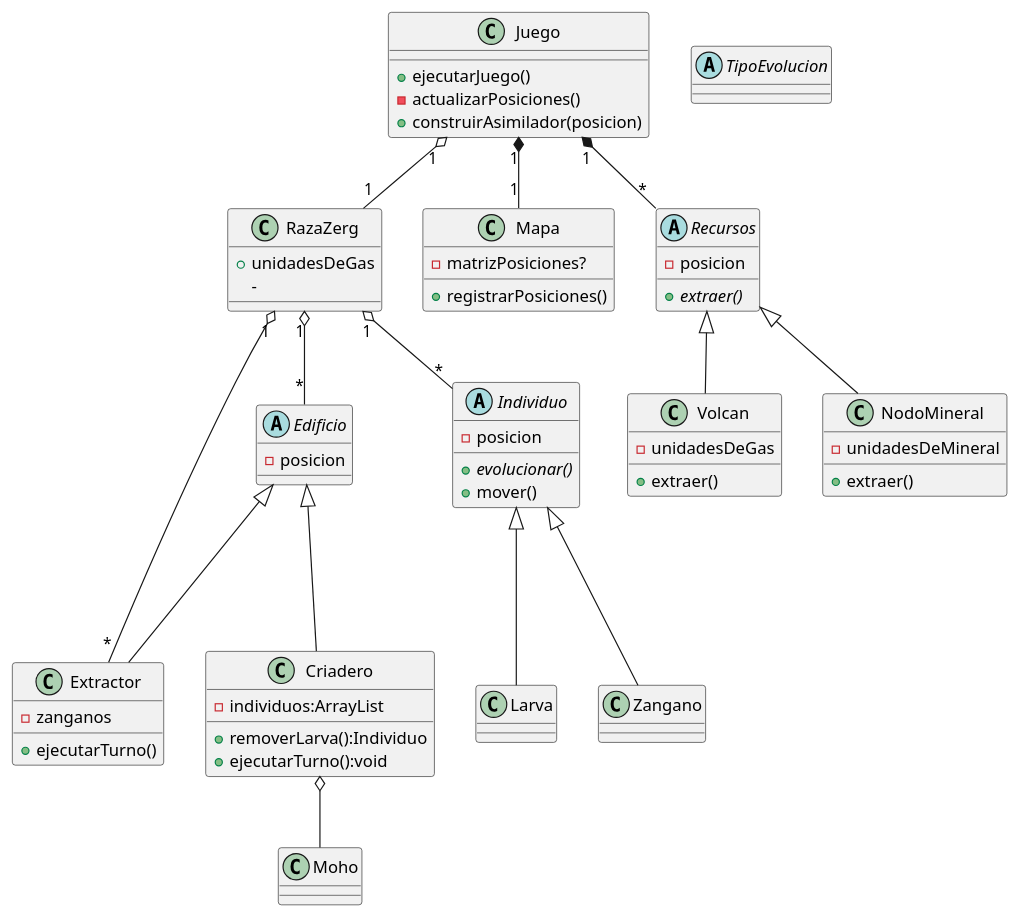
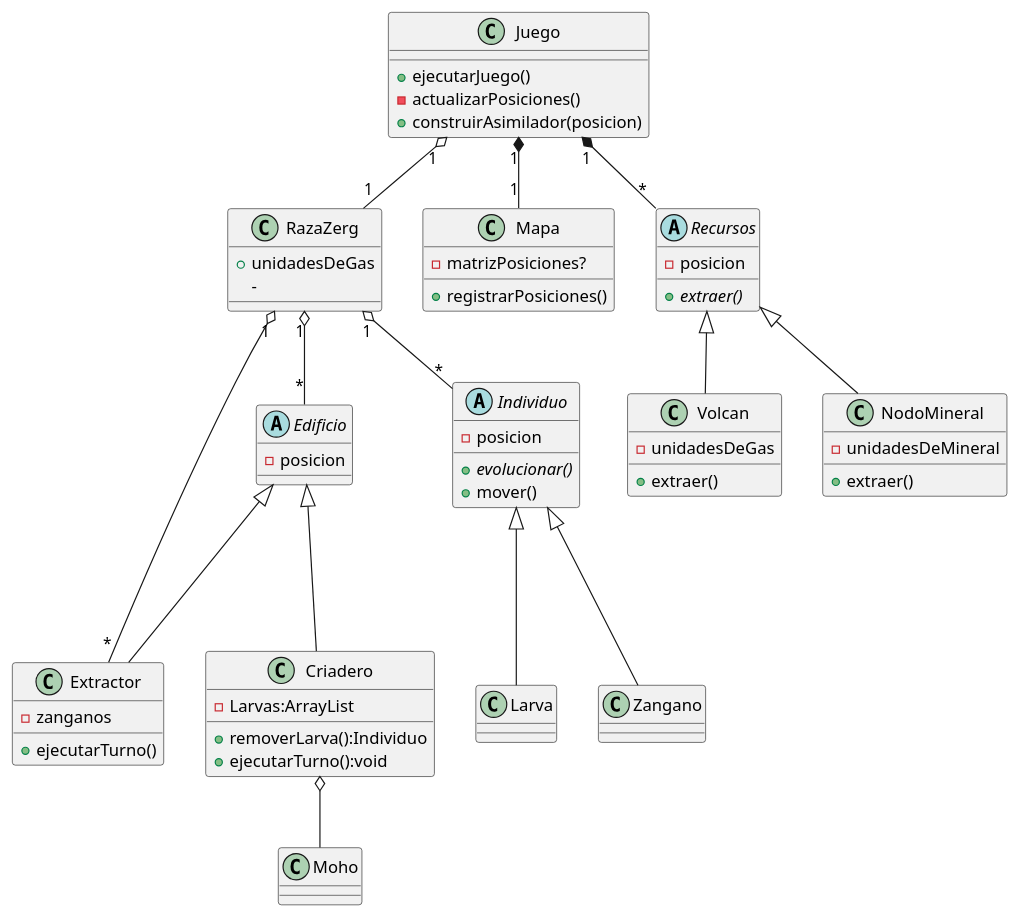
Before and after one commit to nicolasgirardi/algo3_TP2_AlgoStar: the diagram in diagrams/classes/clases.puml, drawn with PlantUML. The commit also changed 9 other files, not shown here.

```diff
--- a/diagrams/classes/clases.puml
+++ b/diagrams/classes/clases.puml
@@ -1,80 +1,77 @@
 @startuml
 
 
 
 class Juego {
     +ejecutarJuego()
     -actualizarPosiciones()
     +construirAsimilador(posicion)
 }
 
 class Zangano{
 
 }
 class Larva{
 
 }
 class RazaZerg{
     +unidadesDeGas
     -
 }
 class Criadero{
-    -individuos:ArrayList
+    -Larvas:ArrayList
     +removerLarva():Individuo
     +ejecutarTurno():void
 }
 
-abstract class TipoEvolucion{
-
-}
 
 abstract class Edificio{
     -posicion
 }
 
 class Extractor{
     -zanganos
     +ejecutarTurno()
 }
 
 abstract class Individuo {
     -posicion
     {abstract} +evolucionar()
     +mover()
 }
 
 class Mapa {
     -matrizPosiciones?
     +registrarPosiciones()
 }
 
 abstract class Recursos {
     -posicion
     {abstract} +extraer()
 }
 
 class NodoMineral {
     -unidadesDeMineral
     +extraer()
 }
 
 class Volcan{
     -unidadesDeGas
     +extraer()
 }
 
 Zangano  -up--|> Individuo
 Larva    -up--|> Individuo
 RazaZerg "1"  o-- "*" Edificio
 RazaZerg "1"  o-- "*" Individuo
 Criadero -up--|> Edificio
 Extractor -up--|> Edificio
 Juego "1"  o-- "1" RazaZerg
 Juego "1"  *-- "1" Mapa
 Juego "1"  *-- "*" Recursos
 Recursos <|-- Volcan
 Recursos <|-- NodoMineral
 Criadero o-- Moho
 RazaZerg "1"  o-- "*" Extractor
 
 @enduml
```
